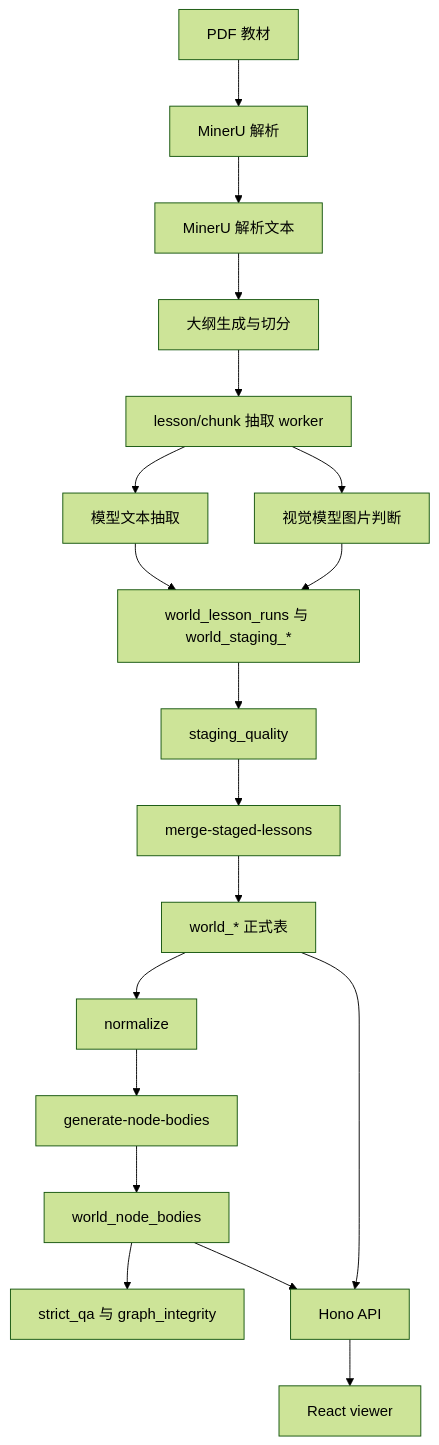
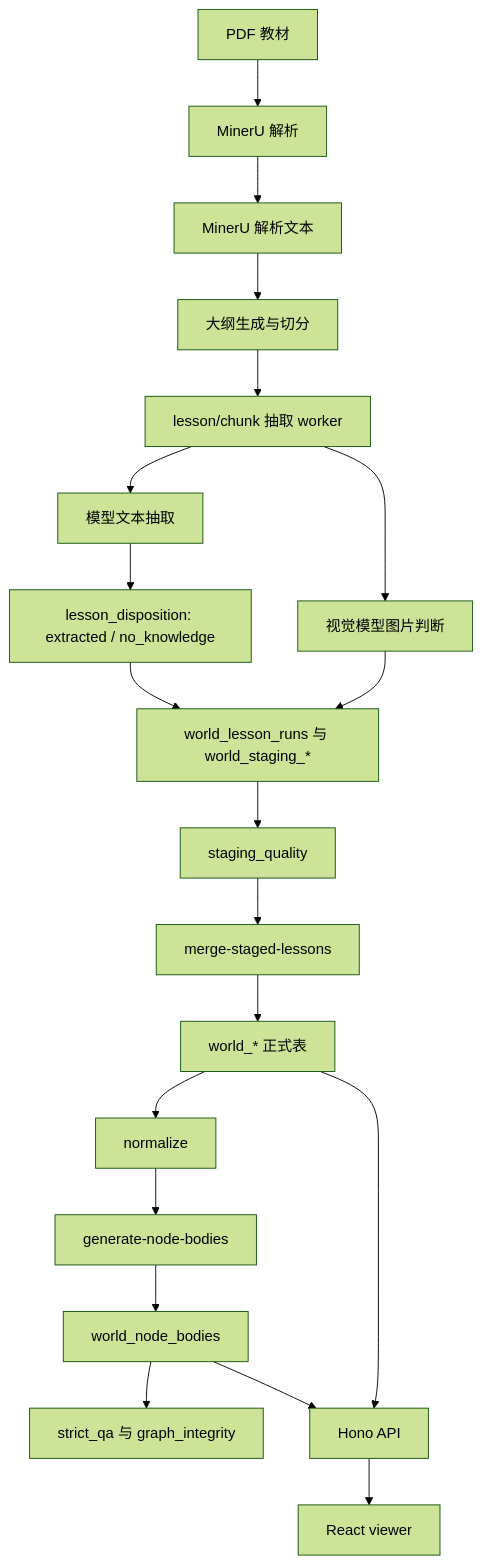
Before and after one commit to Titan-Frank/InnoKnowledge: the diagram in docs/current-system-architecture.md, drawn with Mermaid (forest theme). The commit also changed other lines of this file and 29 other files, not shown here.

````diff
--- a/docs/current-system-architecture.md
+++ b/docs/current-system-architecture.md
@@ -22,21 +22,22 @@
 ```mermaid
 flowchart TD
   A["PDF 教材"] --> B["MinerU 解析"]
   B --> C
   C["MinerU 解析文本"] --> D["大纲生成与切分"]
   D --> E["lesson/chunk 抽取 worker"]
   E --> F["模型文本抽取"]
   E --> G["视觉模型图片判断"]
-  F --> H["world_lesson_runs 与 world_staging_*"]
+  F --> R["lesson_disposition: extracted / no_knowledge"]
+  R --> H["world_lesson_runs 与 world_staging_*"]
   G --> H
   H --> I["staging_quality"]
   I --> J["merge-staged-lessons"]
   J --> K["world_* 正式表"]
   K --> L["normalize"]
   L --> N["generate-node-bodies"]
   N --> O["world_node_bodies"]
   O --> M["strict_qa 与 graph_integrity"]
   K --> P["Hono API"]
   O --> P
   P --> Q["React viewer"]
 ```
````
